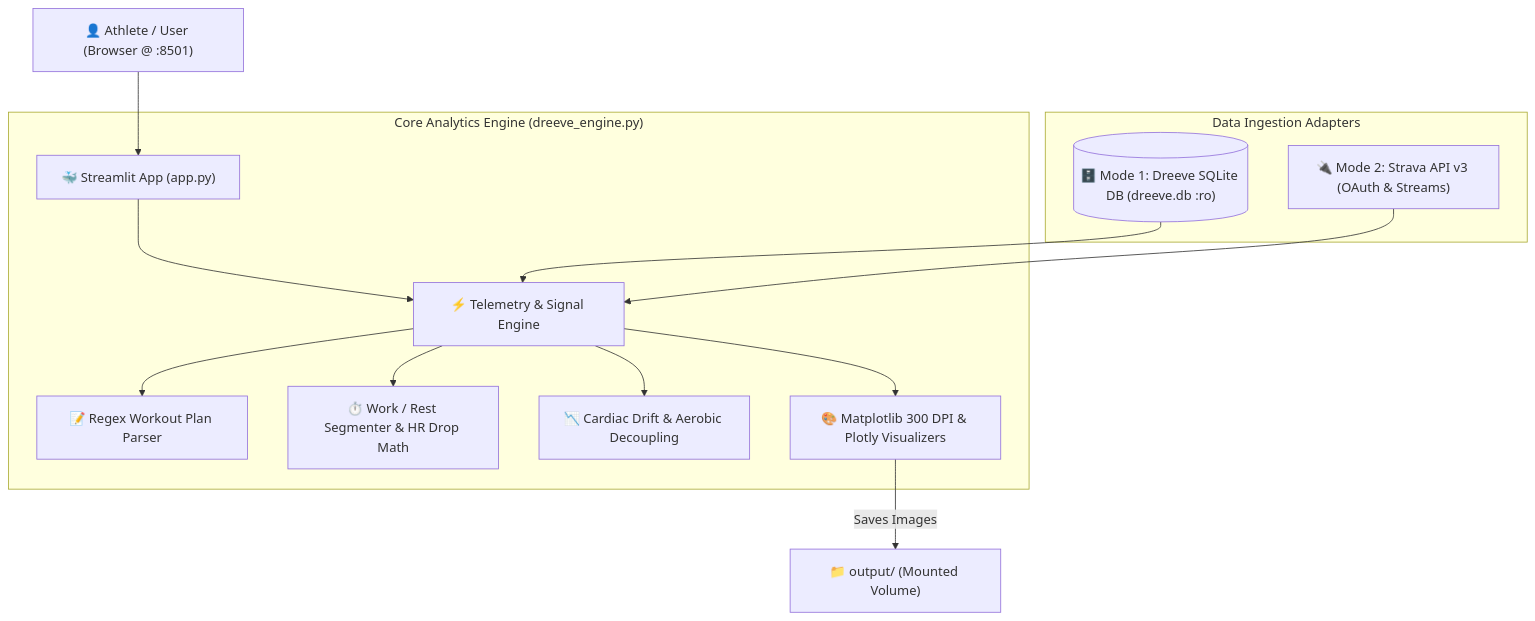
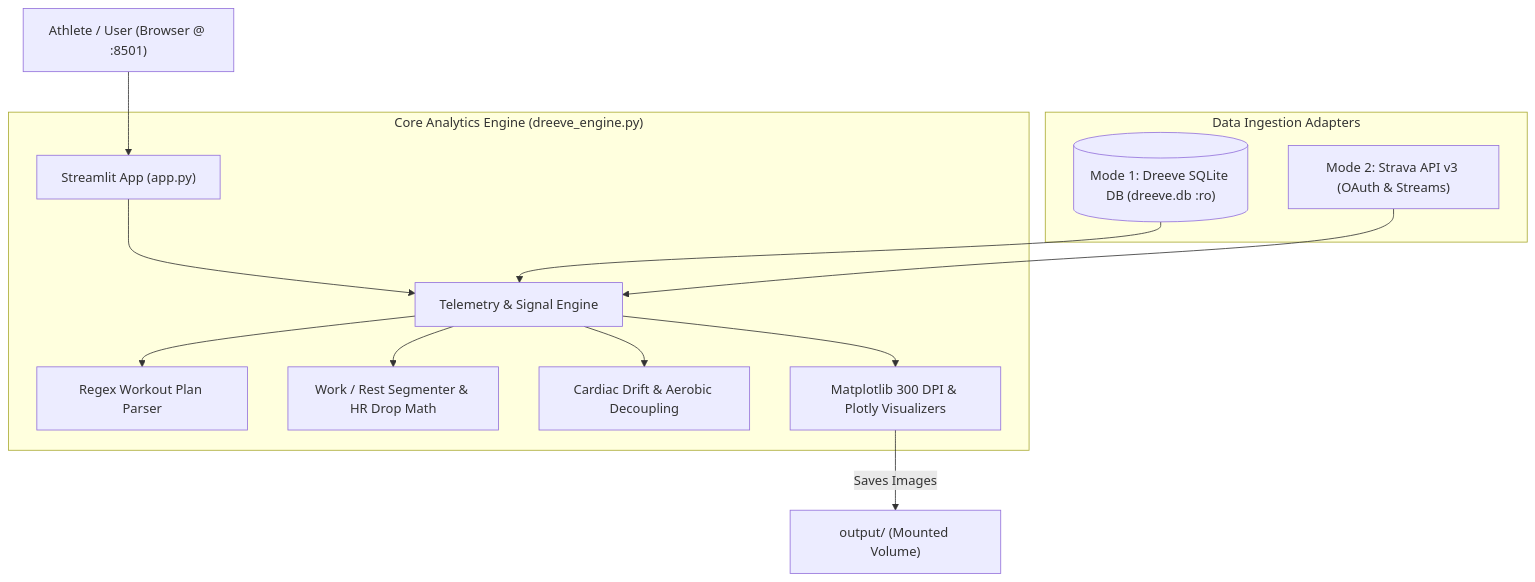
Before and after one commit to JournalKenobi11/Running-analytics-chatbot: the diagram in README.md, drawn with Mermaid. The commit also changed other lines of this file, not shown here.

Commit message:
Fix formatting and update section headers in README

````diff
--- a/README.md
+++ b/README.md
@@ -37,21 +37,21 @@
 ```mermaid
 flowchart TD
-    User["👤 Athlete / User (Browser @ :8501)"] --> Streamlit["🐳 Streamlit App (app.py)"]
+    User[" Athlete / User (Browser @ :8501)"] --> Streamlit[" Streamlit App (app.py)"]
 
     subgraph IngestionAdapters["Data Ingestion Adapters"]
-        DreeveDB[("🗄️ Mode 1: Dreeve SQLite DB (dreeve.db :ro)")]
-        StravaAPI["🔌 Mode 2: Strava API v3 (OAuth & Streams)"]
+        DreeveDB[(" Mode 1: Dreeve SQLite DB (dreeve.db :ro)")]
+        StravaAPI[" Mode 2: Strava API v3 (OAuth & Streams)"]
     end
 
     subgraph CoreEngine["Core Analytics Engine (dreeve_engine.py)"]
-        Streamlit --> Engine["⚡ Telemetry & Signal Engine"]
-        Engine --> PlanParser["📝 Regex Workout Plan Parser"]
-        Engine --> Segmentation["⏱️ Work / Rest Segmenter & HR Drop Math"]
-        Engine --> DriftMath["📉 Cardiac Drift & Aerobic Decoupling"]
-        Engine --> Plotter["🎨 Matplotlib 300 DPI & Plotly Visualizers"]
+        Streamlit --> Engine[" Telemetry & Signal Engine"]
+        Engine --> PlanParser[" Regex Workout Plan Parser"]
+        Engine --> Segmentation["Work / Rest Segmenter & HR Drop Math"]
+        Engine --> DriftMath[" Cardiac Drift & Aerobic Decoupling"]
+        Engine --> Plotter[" Matplotlib 300 DPI & Plotly Visualizers"]
     end
 
     DreeveDB --> Engine
     StravaAPI --> Engine
-    Plotter -->|"Saves Images"| OutputDir["📁 output/ (Mounted Volume)"]
+    Plotter -->|"Saves Images"| OutputDir[" output/ (Mounted Volume)"]
 ```
````
